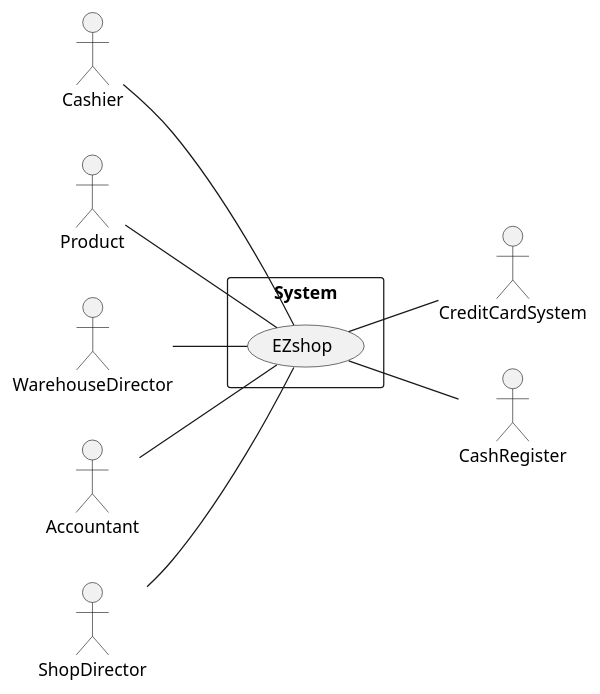
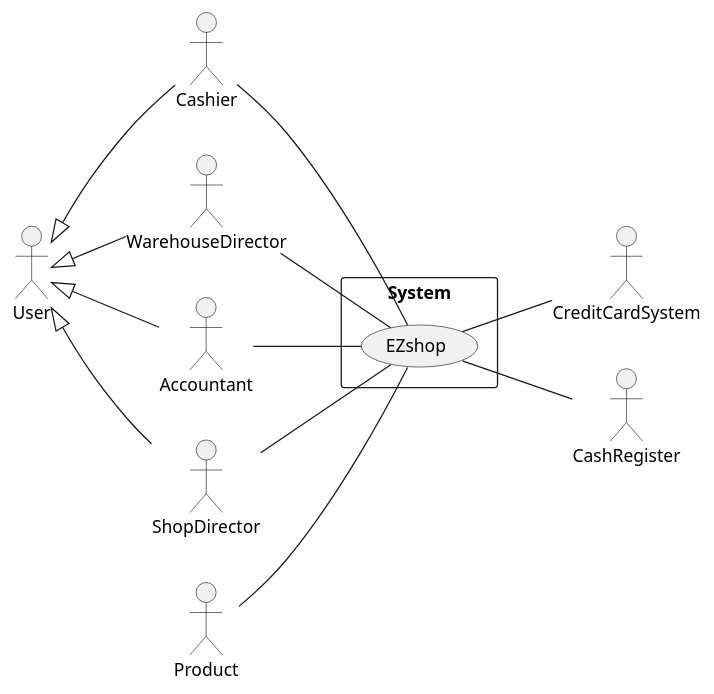
One commit to Stormz4/group20-EzShop changed the diagram in Deliverables/RequirementsDocument.md. Above: the diagram before and after it, drawn with PlantUML. The commit also changed other lines of this file, not shown here.

Commit message:
Fix: Stakeholders and context diagram

````diff
--- a/Deliverables/RequirementsDocument.md
+++ b/Deliverables/RequirementsDocument.md
@@ -68,17 +68,21 @@
 ```plantuml
 @startuml
 left to right direction
 
 rectangle System{
 	usecase "EZshop" as Shop
 }
 
+User <|-- Cashier
+User <|-- WarehouseDirector
+User <|-- Accountant
+User <|-- ShopDirector
 Cashier --  Shop
 Product --  Shop
 WarehouseDirector --  Shop
 Accountant --  Shop
 ShopDirector -- Shop
 Shop -- CreditCardSystem
 Shop -- CashRegister
 @enduml
 ```
````
